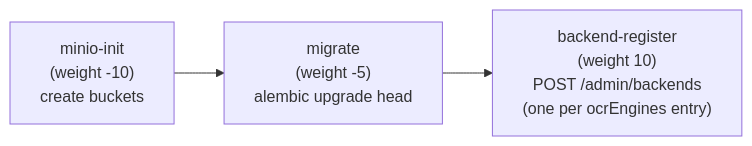
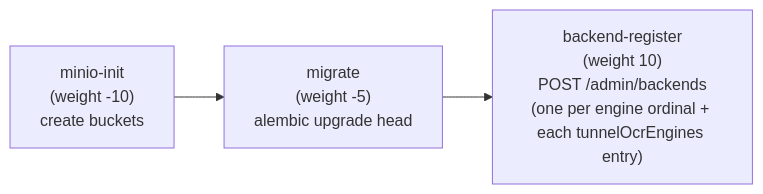
One commit to moravianlibrary/tuzka-as-a-service changed the second of 4 diagrams in deploy/helm/taas/ARCHITECTURE.md. Above: the diagram before and after it, drawn with Mermaid. The commit also changed other lines of this file and 10 other files, not shown here.

First line of the commit message:
feat(helm): off-cluster OCR engines via FRP reverse tunnel

````diff
--- a/deploy/helm/taas/ARCHITECTURE.md
+++ b/deploy/helm/taas/ARCHITECTURE.md
@@ -71,4 +71,4 @@
 ```mermaid
 flowchart LR
-    A["minio-init\n(weight -10)\ncreate buckets"] --> B["migrate\n(weight -5)\nalembic upgrade head"] --> C["backend-register\n(weight 10)\nPOST /admin/backends\n(one per ocrEngines entry)"]
+    A["minio-init\n(weight -10)\ncreate buckets"] --> B["migrate\n(weight -5)\nalembic upgrade head"] --> C["backend-register\n(weight 10)\nPOST /admin/backends\n(one per engine ordinal + each tunnelOcrEngines entry)"]
 ```
````
